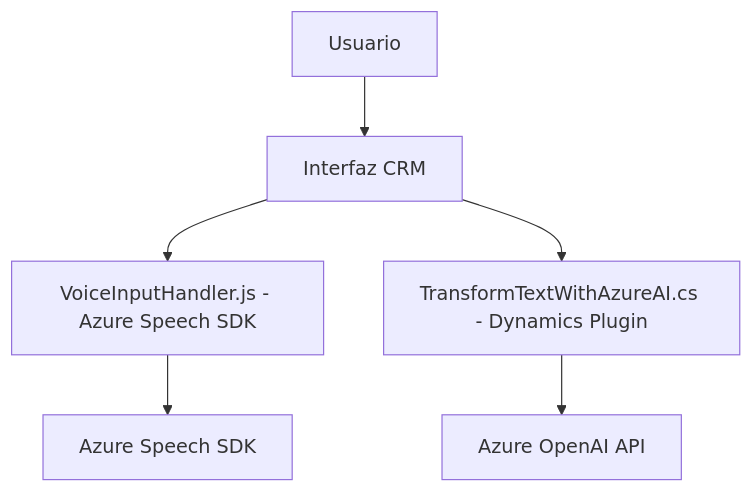
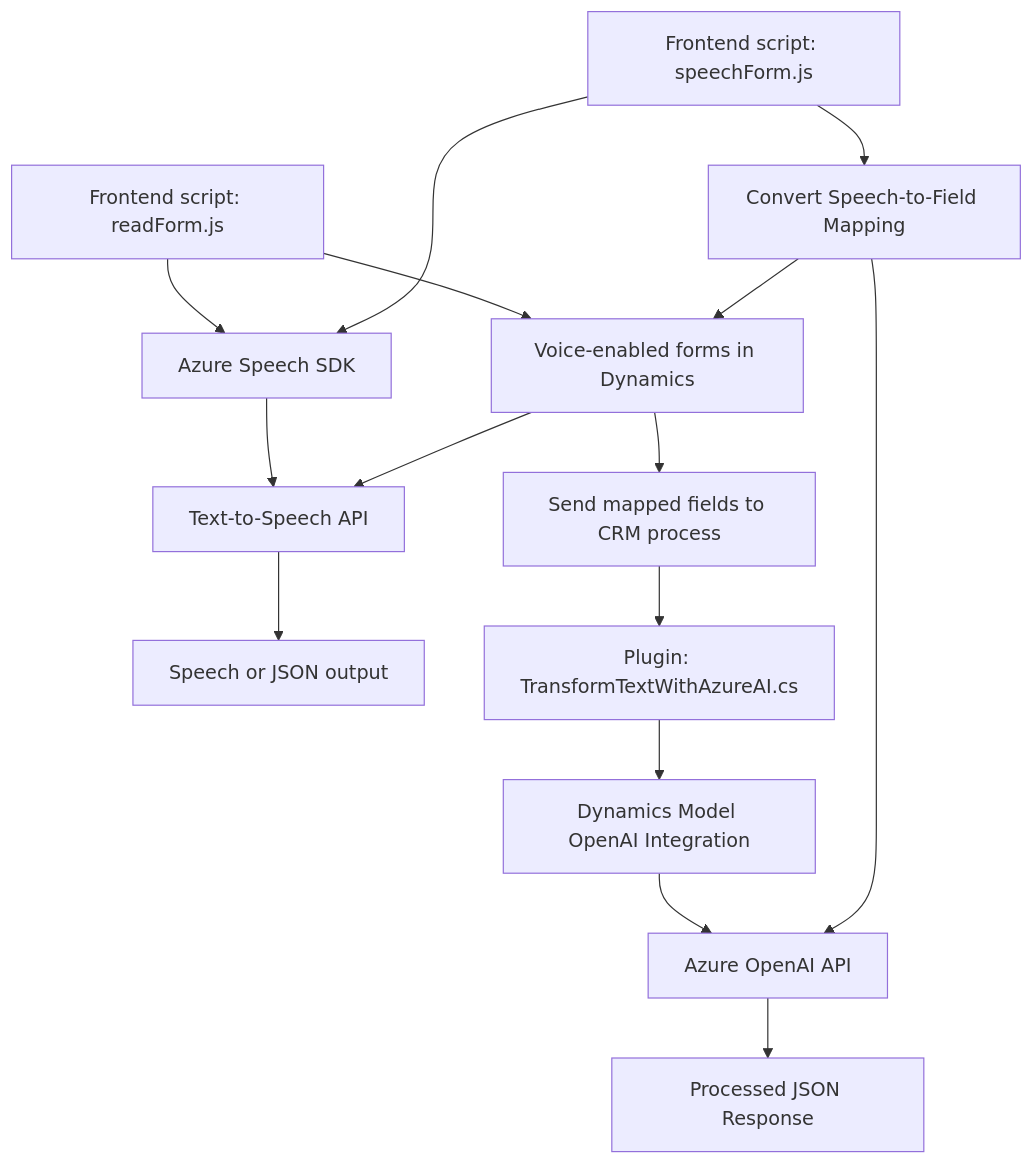
Before and after one commit to blopezdm/NETCORE_BILBAO2025: the diagram in README.md, drawn with Mermaid. The commit also changed other lines of this file, not shown here.

````diff
--- a/README.md
+++ b/README.md
@@ -35,15 +37,19 @@
 ```mermaid
 graph TD
-    A["Usuario"]
-    B["Interfaz CRM"]
-    C["VoiceInputHandler.js - Azure Speech SDK"]
-    D["TransformTextWithAzureAI.cs - Dynamics Plugin"]
-    E["Azure Speech SDK"]
-    F["Azure OpenAI API"]
-    
-    A --> B
-    B --> C
-    B --> D
-    C --> E
-    D --> F
+    A["Frontend script: readForm.js"] --> B["Azure Speech SDK"]
+    A --> C["Voice-enabled forms in Dynamics"]
+    B --> D["Text-to-Speech API"]
+    C --> D
+    D --> E["Speech or JSON output"]
+
+    F["Frontend script: speechForm.js"] --> G["Convert Speech-to-Field Mapping"]
+    F --> B
+    G --> C
+    C --> H["Send mapped fields to CRM process"]
+
+    I["Plugin: TransformTextWithAzureAI.cs"] --> J["Dynamics Model OpenAI Integration"]
+    J --> K["Azure OpenAI API"]
+    G --> K
+    H --> I
+    K --> L["Processed JSON Response"]
 ```
````
